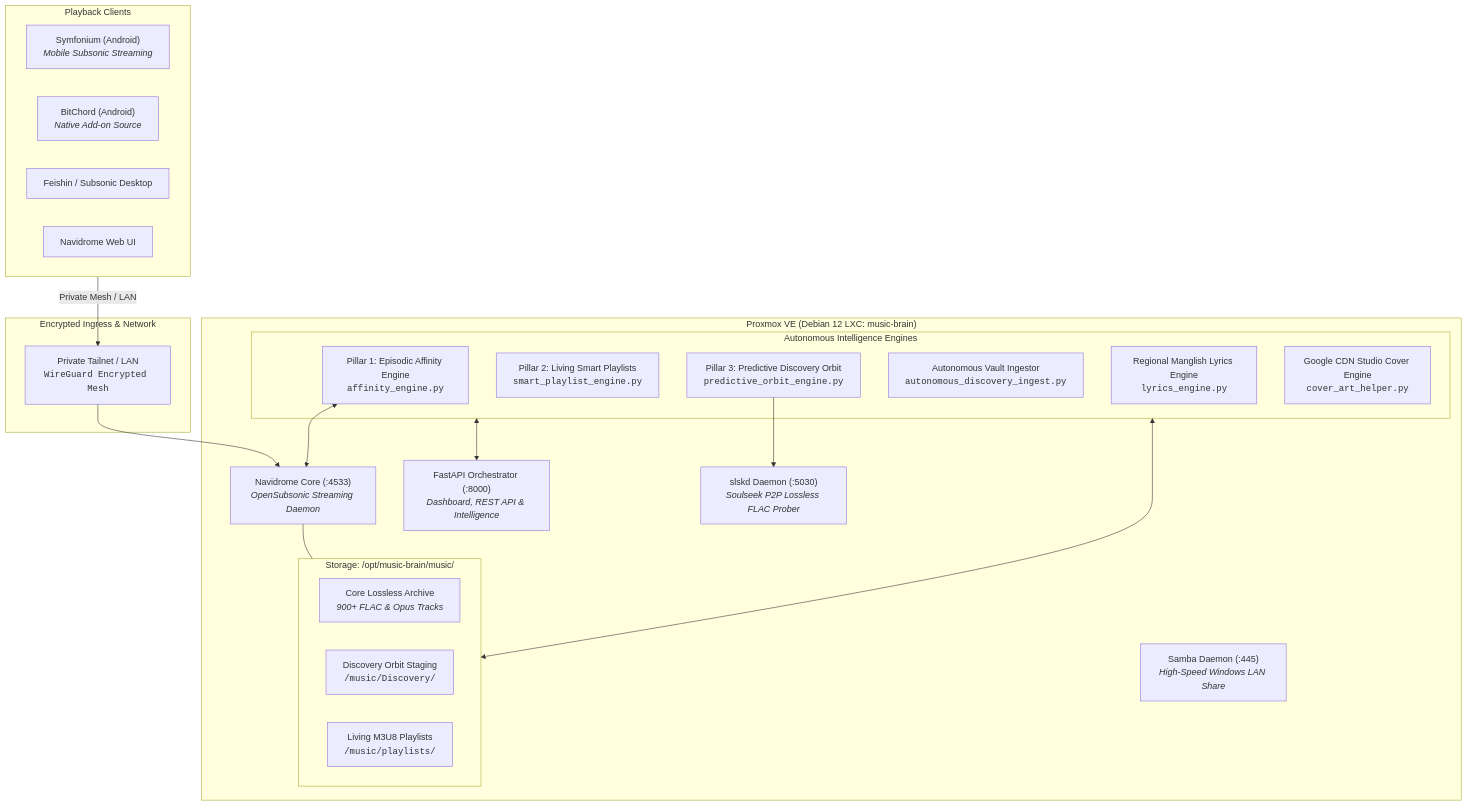
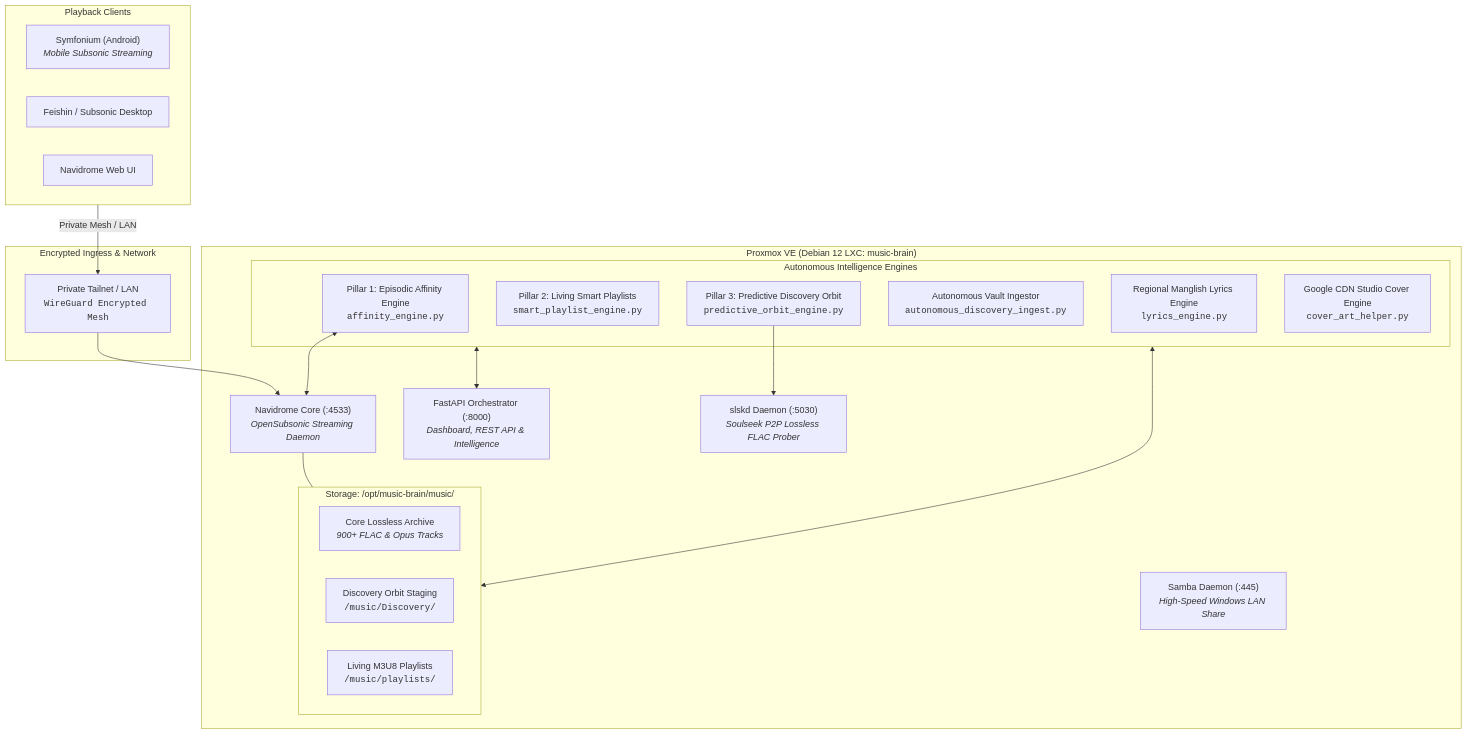
The first of 2 diagrams in README.md (Ihsan01i/Lossless-Vault), drawn with Mermaid before and after one commit. The commit also changed other lines of this file and 12 other files, not shown here.

````diff
--- a/README.md
+++ b/README.md
@@ -17,43 +17,42 @@
 ```mermaid
 flowchart TD
     subgraph Clients["Playback Clients"]
         SYM["Symfonium (Android)<br><i>Mobile Subsonic Streaming</i>"]
-        BIT["BitChord (Android)<br><i>Native Add-on Source</i>"]
         FEI["Feishin / Subsonic Desktop"]
         WEB["Navidrome Web UI"]
     end
 
     subgraph Ingress["Encrypted Ingress & Network"]
         TF["Private Tailnet / LAN<br><code>WireGuard Encrypted Mesh</code>"]
     end
 
     subgraph Proxmox["Proxmox VE (Debian 12 LXC: music-brain)"]
         NAVI["Navidrome Core (:4533)<br><i>OpenSubsonic Streaming Daemon</i>"]
         FASTAPI["FastAPI Orchestrator (:8000)<br><i>Dashboard, REST API & Intelligence</i>"]
         SLSK["slskd Daemon (:5030)<br><i>Soulseek P2P Lossless FLAC Prober</i>"]
         SAMBA["Samba Daemon (:445)<br><i>High-Speed Windows LAN Share</i>"]
         
         subgraph AutonomousEngines["Autonomous Intelligence Engines"]
             P1["Pillar 1: Episodic Affinity Engine<br><code>affinity_engine.py</code>"]
             P2["Pillar 2: Living Smart Playlists<br><code>smart_playlist_engine.py</code>"]
             P3["Pillar 3: Predictive Discovery Orbit<br><code>predictive_orbit_engine.py</code>"]
             INGEST["Autonomous Vault Ingestor<br><code>autonomous_discovery_ingest.py</code>"]
             LYRICS["Regional Manglish Lyrics Engine<br><code>lyrics_engine.py</code>"]
             COVER["Google CDN Studio Cover Engine<br><code>cover_art_helper.py</code>"]
         end
 
         subgraph Storage["Storage: /opt/music-brain/music/"]
             VAULT["Core Lossless Archive<br><i>900+ FLAC & Opus Tracks</i>"]
             DISC["Discovery Orbit Staging<br><code>/music/Discovery/</code>"]
             PLAYLISTS["Living M3U8 Playlists<br><code>/music/playlists/</code>"]
         end
     end
 
     Clients -->|"Private Mesh / LAN"| TF
     TF --> NAVI
     NAVI --- Storage
     AutonomousEngines <--> Storage
     AutonomousEngines <--> FASTAPI
     P3 --> SLSK
     P1 <--> NAVI
 ```
````
